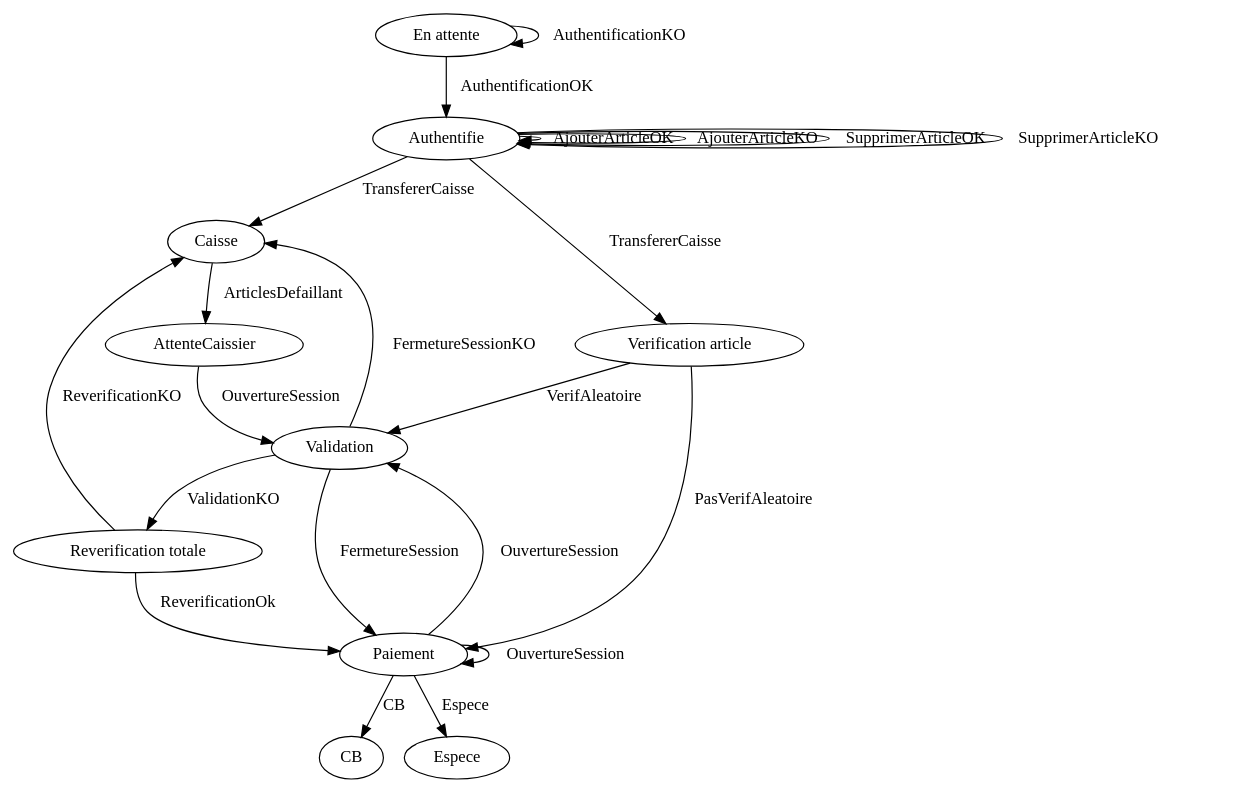
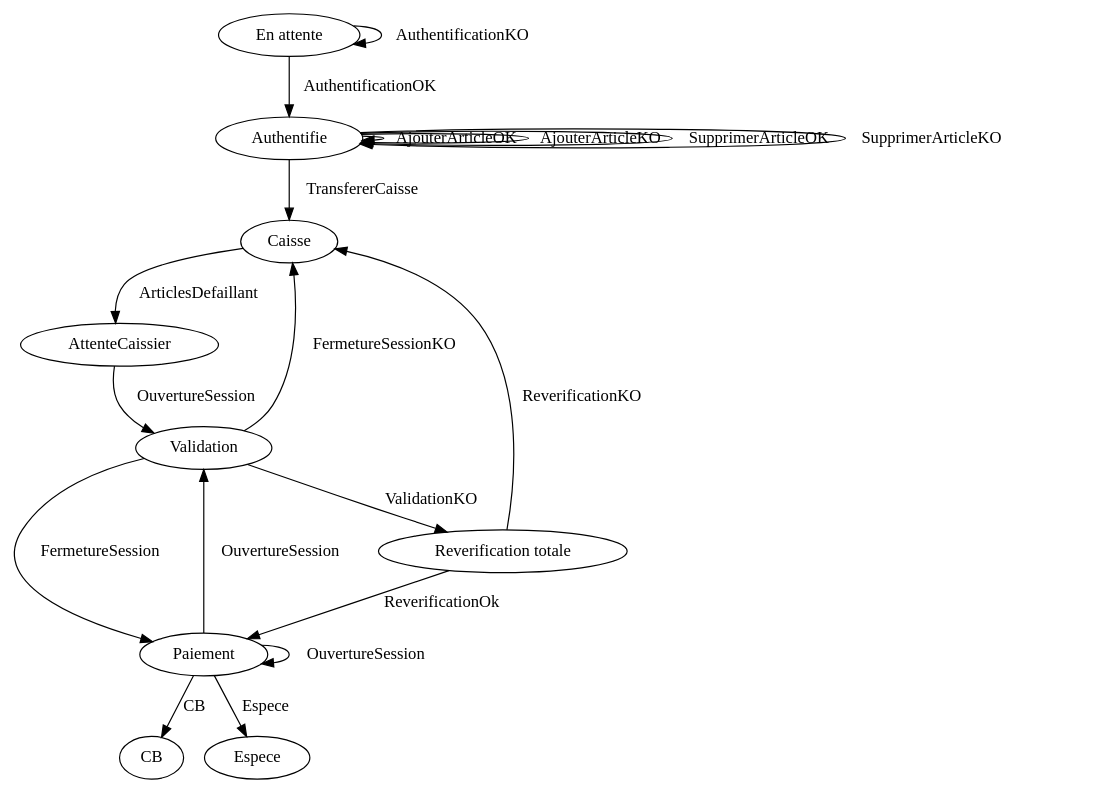
The diagram in graphScanette.dot (Seffarino/Validation-a-base-de-Modele), drawn with Graphviz before and after one commit. The commit also changed 3 other files, not shown here.

```diff
--- a/graphScanette.dot
+++ b/graphScanette.dot
@@ -1,24 +1,21 @@
 digraph SCANETTE1
 {
   "En attente" -> "En attente"  [label="AuthentificationKO"];
   "En attente" -> Authentifie  [label="AuthentificationOK"];
   Authentifie -> Authentifie  [label="AjouterArticleOK"];
   Authentifie -> Authentifie  [label="AjouterArticleKO"];
   Authentifie -> Authentifie  [label="SupprimerArticleOK"];
   Authentifie -> Caisse  [label="TransfererCaisse"];
   Caisse -> AttenteCaissier  [label="ArticlesDefaillant"];
   AttenteCaissier -> Validation  [label="OuvertureSession"];
   Validation -> Caisse  [label="FermetureSessionKO"];
   Authentifie -> Authentifie  [label="SupprimerArticleKO"];
   Validation -> "Reverification totale"  [label="ValidationKO"];
   "Reverification totale" -> Caisse  [label="ReverificationKO"];
   Validation -> Paiement  [label="FermetureSession"];
   Paiement -> CB  [label="CB"];
   Paiement -> Espece  [label="Espece"];
-  Authentifie -> "Verification article"  [label="TransfererCaisse"];
   Paiement -> Paiement  [label="OuvertureSession"];
   Paiement -> Validation  [label="OuvertureSession"];
-  "Verification article" -> Paiement  [label="PasVerifAleatoire"];
   "Reverification totale" -> Paiement  [label="ReverificationOk"];
-  "Verification article" -> Validation  [label="VerifAleatoire"];
 }
```
